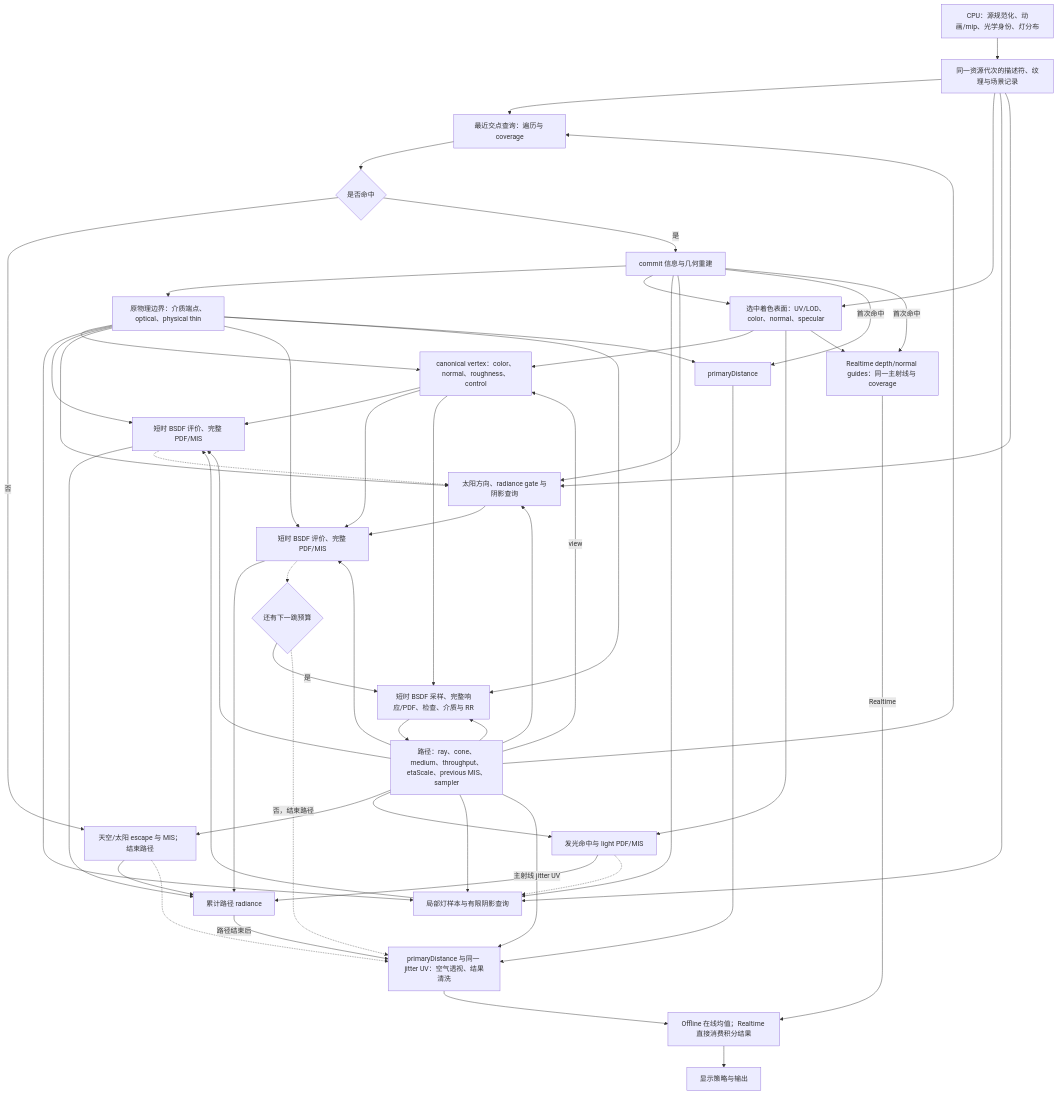
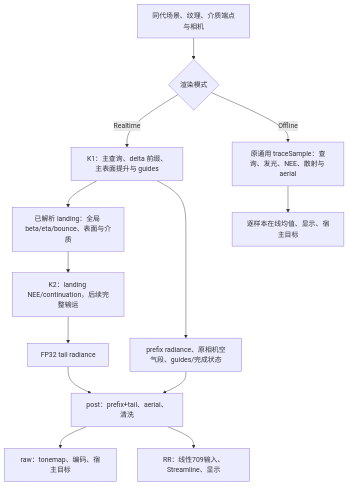
Before and after one commit to bWFuanVzYWth/prime: the diagram in docs/pt-state-design.md, drawn with Mermaid. The commit also changed other lines of this file and 68 other files, not shown here.

First line of the commit message:
refactor: split realtime tracing into primary transport and post stages

````diff
--- a/docs/pt-state-design.md
+++ b/docs/pt-state-design.md
@@ -11,58 +11,15 @@
 ```mermaid
 flowchart TD
-    CPU["CPU：源规范化、动画/mip、光学身份、灯分布"] --> PUB["同一资源代次的描述符、纹理与场景记录"]
-    PUB --> QUERY["最近交点查询：遍历与 coverage"]
-    PATH["路径：ray、cone、medium、throughput、etaScale、previous MIS、sampler"] --> QUERY
-    QUERY --> FOUND{"是否命中"}
-    FOUND -->|否| SKY["天空/太阳 escape 与 MIS；结束路径"]
-    PATH --> SKY
-    SKY --> ACCUM["累计路径 radiance"]
-    FOUND -->|是| GEO["commit 信息与几何重建"]
-    GEO --> BOUNDARY["原物理边界：介质端点、optical、physical thin"]
-    GEO --> RAW["选中着色表面：UV/LOD、color、normal、specular"]
-    PUB --> RAW
-    RAW --> VERTEX["canonical vertex：color、normal、roughness、control"]
-    BOUNDARY --> VERTEX
-    PATH -->|view| VERTEX
-    RAW --> EMIT["发光命中与 light PDF/MIS"]
-    PATH --> EMIT
-    EMIT --> ACCUM
-    GEO --> LOCAL_QUERY["局部灯样本与有限阴影查询"]
-    BOUNDARY --> LOCAL_QUERY
-    PUB --> LOCAL_QUERY
-    PATH --> LOCAL_QUERY
-    LOCAL_QUERY --> LOCAL_EVAL["短时 BSDF 评价、完整 PDF/MIS"]
-    VERTEX --> LOCAL_EVAL
-    BOUNDARY --> LOCAL_EVAL
-    PATH --> LOCAL_EVAL
-    LOCAL_EVAL --> ACCUM
-    GEO --> SUN_QUERY["太阳方向、radiance gate 与阴影查询"]
-    BOUNDARY --> SUN_QUERY
-    PUB --> SUN_QUERY
-    PATH --> SUN_QUERY
-    SUN_QUERY --> SUN_EVAL["短时 BSDF 评价、完整 PDF/MIS"]
-    VERTEX --> SUN_EVAL
-    BOUNDARY --> SUN_EVAL
-    PATH --> SUN_EVAL
-    SUN_EVAL --> ACCUM
-    EMIT -.-> LOCAL_QUERY
-    LOCAL_EVAL -.-> SUN_QUERY
-    SUN_EVAL -.-> LIMIT{"还有下一跳预算"}
-    LIMIT -->|是| NEXT["短时 BSDF 采样、完整响应/PDF、检查、介质与 RR"]
-    VERTEX --> NEXT
-    BOUNDARY --> NEXT
-    PATH --> NEXT
-    NEXT --> PATH
-    ACCUM -->|路径结束后| POST["primaryDistance 与同一 jitter UV：空气透视、结果清洗"]
-    LIMIT -.->|否，结束路径| POST
-    SKY -.-> POST
-    GEO -->|首次命中| PRIMARY["primaryDistance"]
-    BOUNDARY --> PRIMARY
-    PRIMARY --> POST
-    PATH -->|主射线 jitter UV| POST
-    GEO -->|首次命中| GUIDES["Realtime depth/normal guides：同一主射线与 coverage"]
-    RAW --> GUIDES
-    POST --> HISTORY["Offline 在线均值；Realtime 直接消费积分结果"]
-    GUIDES -->|Realtime| HISTORY
-    HISTORY --> DISPLAY["显示策略与输出"]
+    PUB["同代场景、纹理、介质端点与相机"] --> MODE{"渲染模式"}
+    MODE -->|Realtime| K1["K1：主查询、delta 前缀、主表面提升与 guides"]
+    K1 --> HOT["已解析 landing：全局 beta/eta/bounce、表面与介质"]
+    K1 --> COLD["prefix radiance、原相机空气段、guides/完成状态"]
+    HOT --> K2["K2：landing NEE/continuation，后续完整输运"]
+    K2 --> TAIL["FP32 tail radiance"]
+    COLD --> POST["post：prefix+tail、aerial、清洗"]
+    TAIL --> POST
+    POST --> RAW["raw：tonemap、编码、宿主目标"]
+    POST --> RR["RR：线性709输入、Streamline、显示"]
+    MODE -->|Offline| OFF["原通用 traceSample：查询、发光、NEE、散射与 aerial"]
+    OFF --> HISTORY["逐样本在线均值、显示、宿主目标"]
 ```
````
